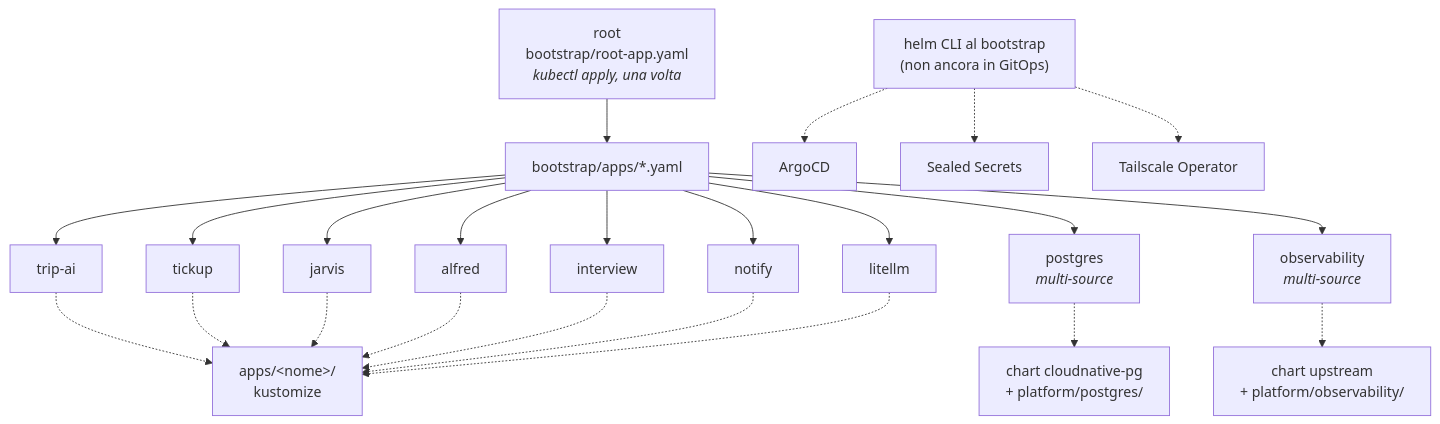
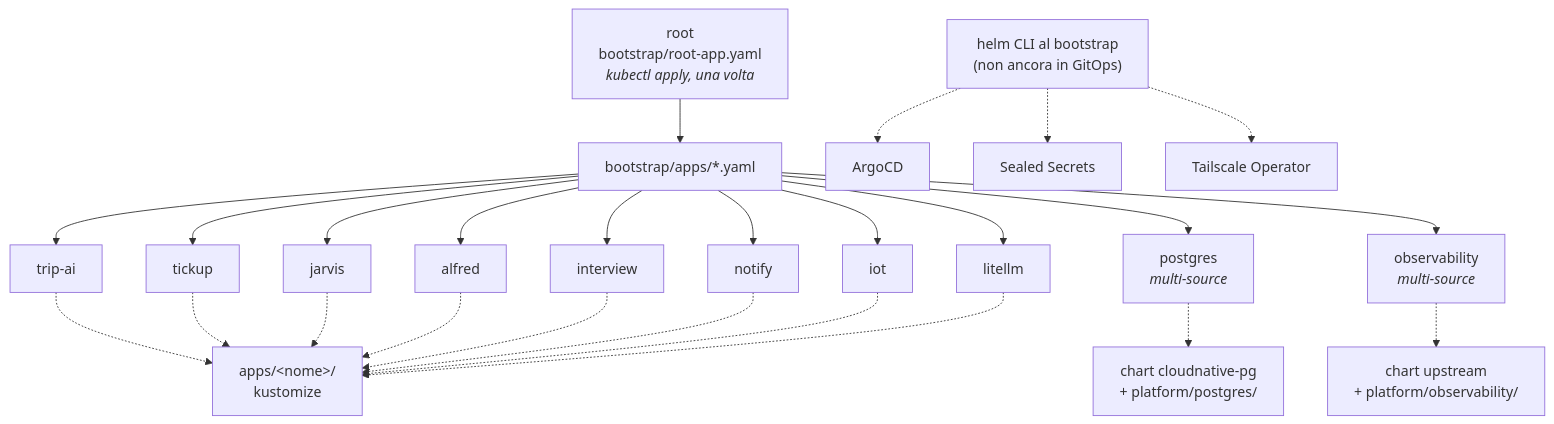
The third of 8 diagrams in README.md (gmottola00/Home-Lab-Infra), drawn with Mermaid before and after one commit. The commit also changed other lines of this file and 13 other files, not shown here.

````diff
--- a/README.md
+++ b/README.md
@@ -126,15 +136,15 @@
 ```mermaid
 flowchart TD
     root["root<br/>bootstrap/root-app.yaml<br/><i>kubectl apply, una volta</i>"] --> dir["bootstrap/apps/*.yaml"]
 
-    dir --> a1["trip-ai"] & a2["tickup"] & a3["jarvis"] & a4["alfred"] & a5["interview"] & a6["notify"]
+    dir --> a1["trip-ai"] & a2["tickup"] & a3["jarvis"] & a4["alfred"] & a5["interview"] & a6["notify"] & a7["iot"]
     dir --> p1["litellm"]
     dir --> p2["postgres<br/><i>multi-source</i>"]
     dir --> p3["observability<br/><i>multi-source</i>"]
 
-    a1 & a2 & a3 & a4 & a5 & a6 & p1 -.-> k["apps/#lt;nome#gt;/<br/>kustomize"]
+    a1 & a2 & a3 & a4 & a5 & a6 & a7 & p1 -.-> k["apps/#lt;nome#gt;/<br/>kustomize"]
     p2 -.-> pc["chart cloudnative-pg<br/>+ platform/postgres/"]
     p3 -.-> oc["chart upstream<br/>+ platform/observability/"]
 
     helm["helm CLI al bootstrap<br/>(non ancora in GitOps)"] -.-> h1["ArgoCD"] & h2["Sealed Secrets"] & h3["Tailscale Operator"]
 ```
````
